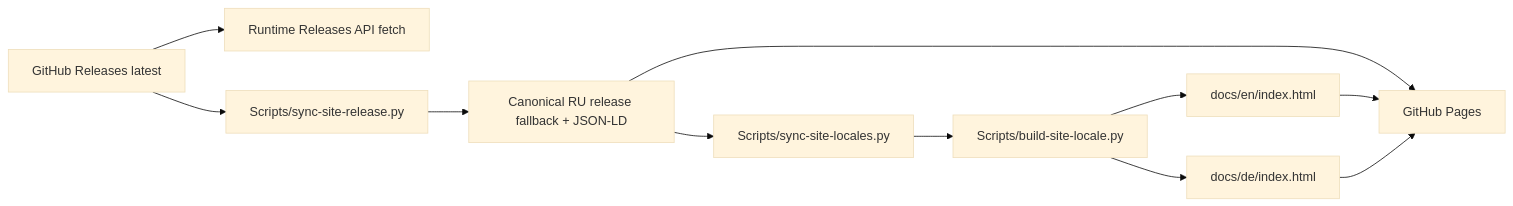
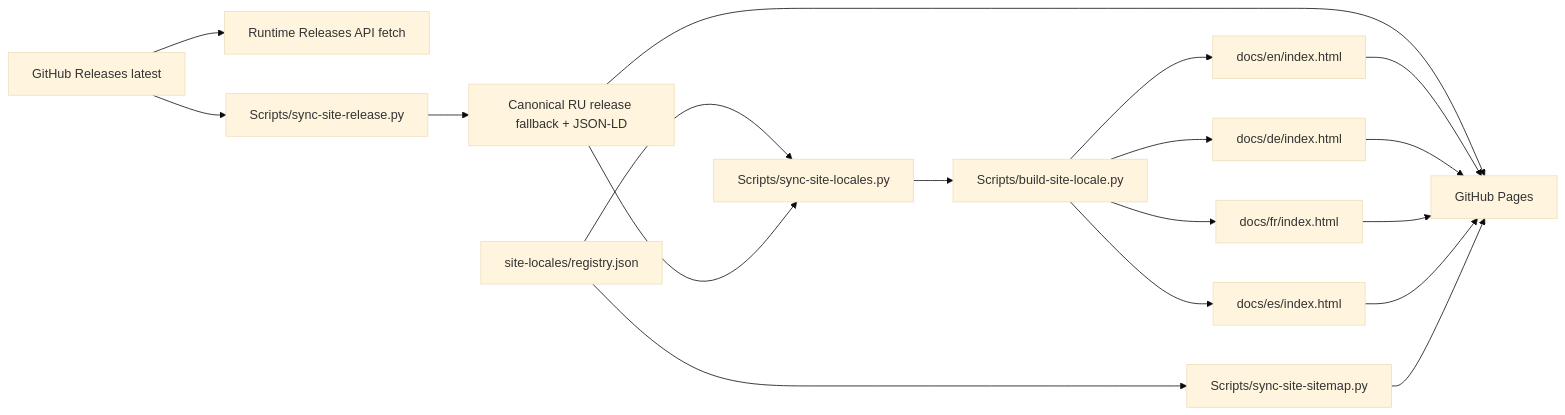
One commit to TumanovNV/impuls changed the diagram in knowledge-base/07-web/website.md. Above: the diagram before and after it, drawn with Mermaid (base theme). The commit also changed other lines of this file and 12 other files, not shown here.

````diff
--- a/knowledge-base/07-web/website.md
+++ b/knowledge-base/07-web/website.md
@@ -87,13 +100,20 @@
 ```mermaid
 flowchart LR
+    REG[site-locales/registry.json] --> LOC[Scripts/sync-site-locales.py]
+    REG --> MAP[Scripts/sync-site-sitemap.py]
     GH[GitHub Releases latest] --> JS[Runtime Releases API fetch]
     GH --> REL[Scripts/sync-site-release.py]
     REL --> RU[Canonical RU release fallback + JSON-LD]
-    RU --> LOC[Scripts/sync-site-locales.py]
+    RU --> LOC
     LOC --> GEN[Scripts/build-site-locale.py]
     GEN --> EN[docs/en/index.html]
     GEN --> DE[docs/de/index.html]
+    GEN --> FR[docs/fr/index.html]
+    GEN --> ES[docs/es/index.html]
     RU --> PAGE[GitHub Pages]
     EN --> PAGE
     DE --> PAGE
+    FR --> PAGE
+    ES --> PAGE
+    MAP --> PAGE
 ```
````
